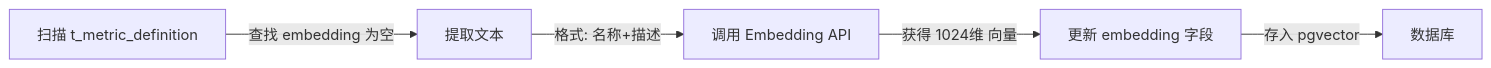
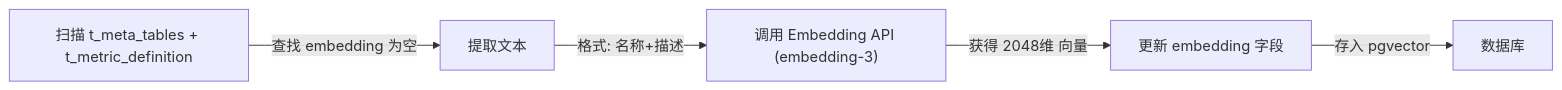
One commit to jijingkun-commits/fastapi changed diagram 13 of 13 in docs/开发文档/架构设计/AI模块设计.md. Above: the diagram before and after it, drawn with Mermaid. The commit also changed other lines of this file and 35 other files, not shown here.

````diff
--- a/docs/开发文档/架构设计/AI模块设计.md
+++ b/docs/开发文档/架构设计/AI模块设计.md
@@ -1379,7 +1435,7 @@
 ```mermaid
 graph LR
-    A[扫描 t_metric_definition] -->|查找 embedding 为空| B[提取文本]
-    B -->|格式: 名称+描述| C[调用 Embedding API]
-    C -->|获得 1024维 向量| D[更新 embedding 字段]
+    A["扫描 t_meta_tables + t_metric_definition"] -->|查找 embedding 为空| B[提取文本]
+    B -->|格式: 名称+描述| C["调用 Embedding API (embedding-3)"]
+    C -->|获得 2048维 向量| D[更新 embedding 字段]
     D -->|存入 pgvector| E[数据库]
 ```
````
